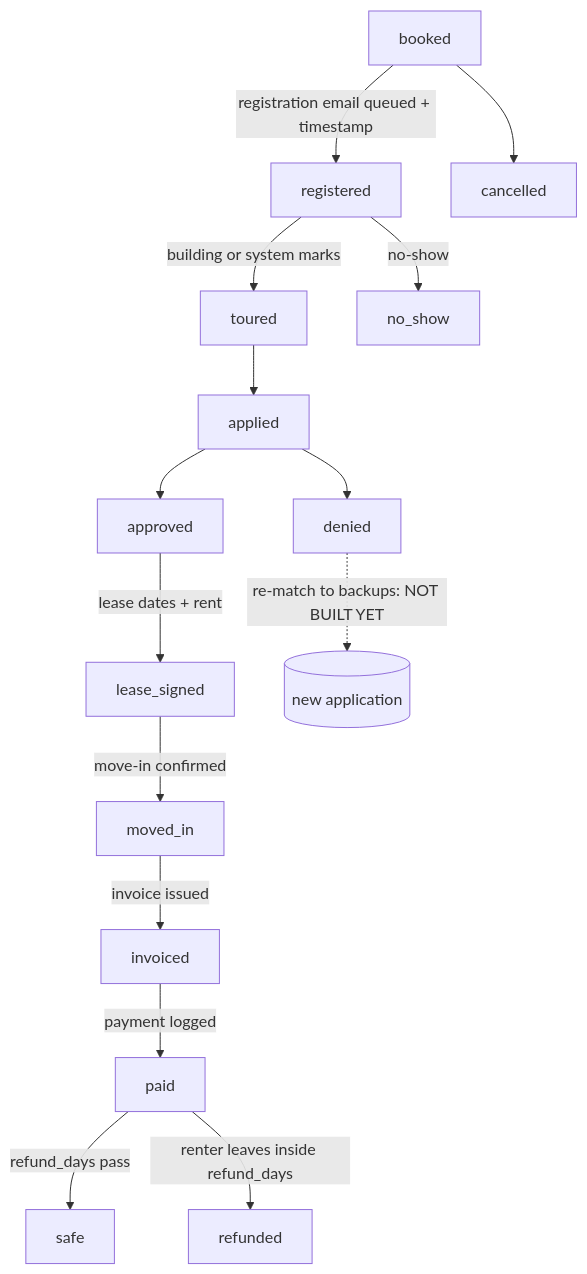
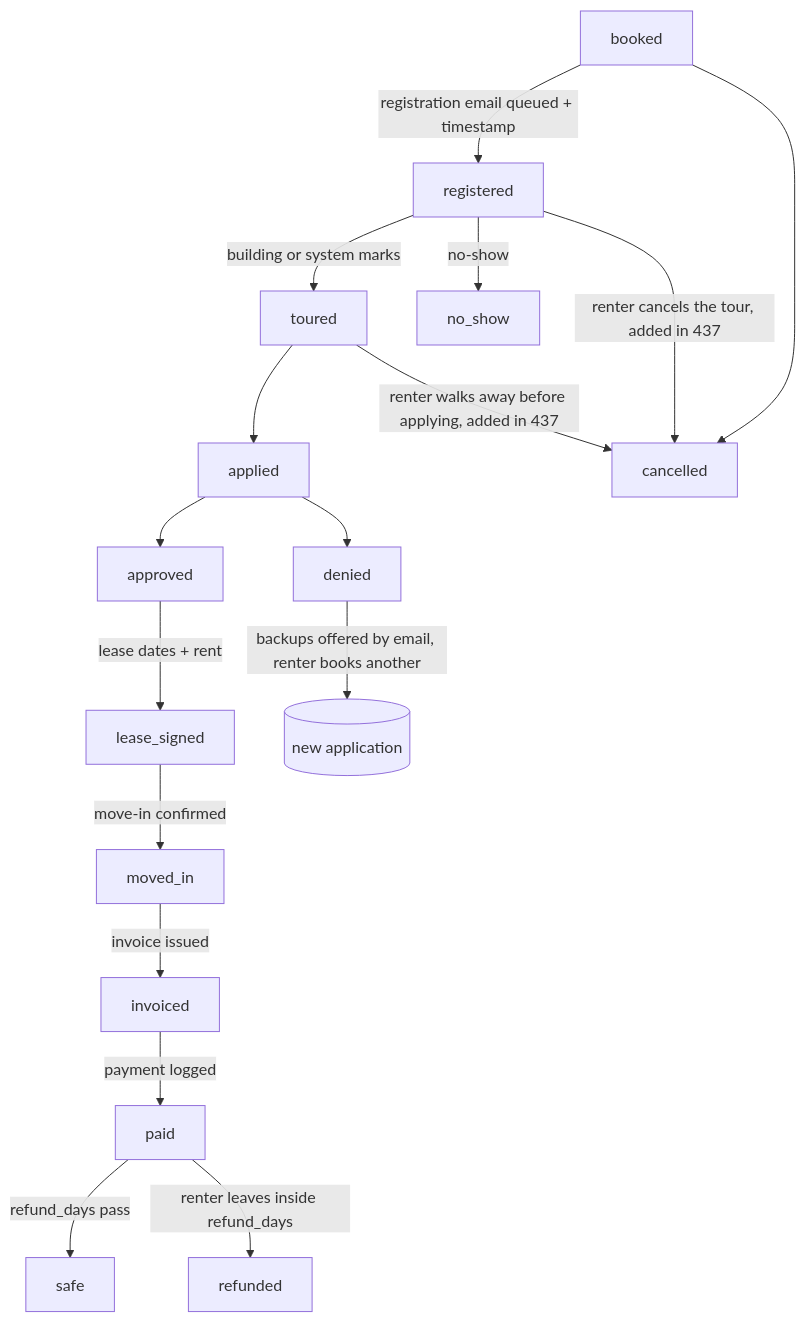
Before and after one commit to ZootimusMaximusSupreme/Fundhub_ai: the fourth of 14 diagrams in docs/journeys/yesdoor-flow.md, drawn with Mermaid. The commit also changed other lines of this file and 14 other files, not shown here.

````diff
--- a/docs/journeys/yesdoor-flow.md
+++ b/docs/journeys/yesdoor-flow.md
@@ -68,17 +72,19 @@
 ```mermaid
 flowchart TD
     B[booked] -->|registration email queued + timestamp| R[registered]
     R -->|building or system marks| T[toured]
     R -->|no-show| N[no_show]
     T --> A[applied]
     A --> AP[approved]
     A --> D[denied]
     AP -->|lease dates + rent| L[lease_signed]
     L -->|move-in confirmed| M[moved_in]
     M -->|invoice issued| I[invoiced]
     I -->|payment logged| P[paid]
     P -->|refund_days pass| S[safe]
     P -->|renter leaves inside refund_days| RF[refunded]
     B --> X[cancelled]
-    D -.->|re-match to backups: NOT BUILT YET| RM[(new application)]
+    R -->|renter cancels the tour, added in 437| X
+    T -->|renter walks away before applying, added in 437| X
+    D -->|backups offered by email, renter books another| RM[(new application)]
 ```
````
